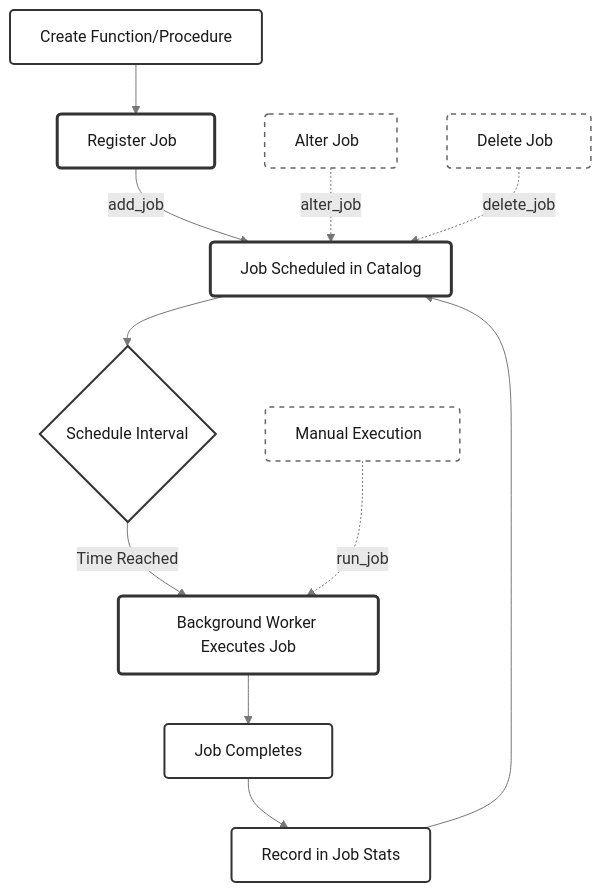
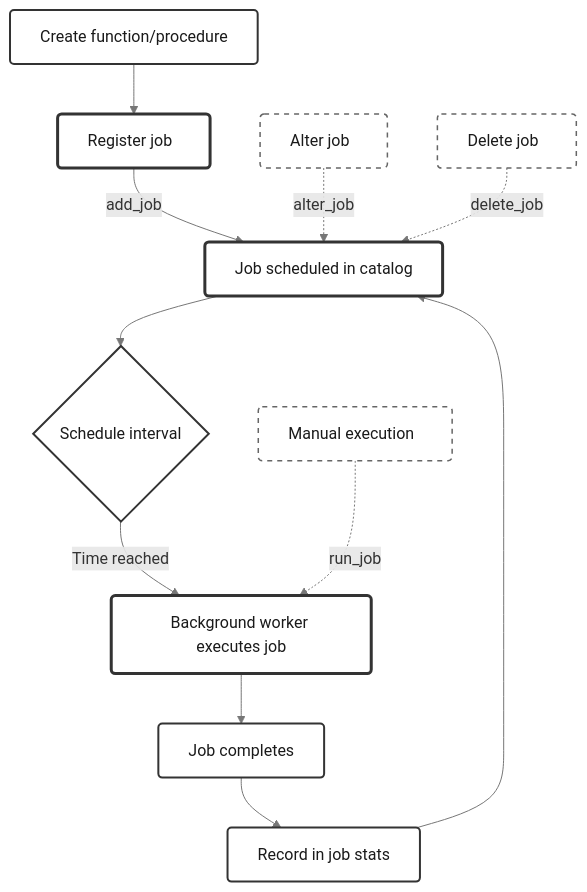
The diagram in images/manage-data/jobs-workflow.mdx (timescale/documentation), drawn with Mermaid before and after one commit. The commit also changed 5 other files, not shown here.

````diff
--- a/images/manage-data/jobs-workflow.mdx
+++ b/images/manage-data/jobs-workflow.mdx
@@ -1,76 +1,77 @@
 ```mermaid
 %%{init: {
   'theme':'base',
   'themeVariables': {
     'primaryColor':'#fff',
     'primaryTextColor':'#1a1a1a',
     'primaryBorderColor':'#333',
     'lineColor':'#666',
     'secondaryColor':'#fff',
     'secondaryTextColor':'#1a1a1a',
     'secondaryBorderColor':'#333',
     'tertiaryColor':'#fff',
     'tertiaryTextColor':'#1a1a1a',
     'tertiaryBorderColor':'#333',
     'noteBkgColor':'#fff',
     'noteTextColor':'#1a1a1a',
     'noteBorderColor':'#333',
     'background':'#fff',
     'mainBkg':'#fff',
     'fontFamily': "'Geist Mono', monospace",
     'edgeLabelBackground':'#fff',
     'labelColor':'#333',
     'labelTextColor':'#333'
   },
   'flowchart': { 'padding': 30, 'htmlLabels': true, 'curve': 'stepAfter' },
 
   /* Hover tint (best-effort; renderer may ignore themeCSS) */
   'themeCSS': `
     .node rect:hover,
     .node polygon:hover,
     .node path:hover {
       fill: rgba(244, 255, 97, 0.18) !important;
       transition: fill 120ms ease-in-out;
     }
   `
 }}%%
 graph TB
-    A[Create Function/Procedure] --> B[Register Job&nbsp;&nbsp;]
-    B -->|add_job| C[Job Scheduled in Catalog]
-    C --> D{Schedule Interval}
-    D -->|Time Reached| E[Background Worker Executes Job]
-    E --> F[Job Completes]
-    F --> G[Record in Job Stats]
+    A[Create function/procedure] --> B[Register job&nbsp;&nbsp;]
+    B -->|add_job| C[Job scheduled in catalog]
+    C --> D{Schedule interval}
+    D -->|Time reached| E[Background worker executes job]
+    E --> F[Job completes]
+    F --> G[Record in job stats]
     G --> C
 
-    I[Alter Job&nbsp;&nbsp;] -.->|alter_job| C
-    J[Delete Job&nbsp;&nbsp;] -.->|delete_job| C
-    H[Manual Execution&nbsp;&nbsp;] -.->|run_job| E
+    I[Alter job&nbsp;&nbsp;] -.->|alter_job| C
+    J[Delete job&nbsp;&nbsp;] -.->|delete_job| C
+    H[Manual execution&nbsp;&nbsp;] -.->|run_job| E
 
     %% Border-only hierarchy
     %% - Primary nodes: thicker border (B, C, E)
     %% - Standard nodes: normal border (A, D, F, G)
     %% - Optional nodes: dashed + lighter border (H, I, J)
 
     style A fill:#fff,stroke:#333,stroke-width:2px,color:#1a1a1a,rx:4,ry:4
 
     style B fill:#fff,stroke:#333,stroke-width:3px,color:#1a1a1a,rx:4,ry:4
     style C fill:#fff,stroke:#333,stroke-width:3px,color:#1a1a1a,rx:4,ry:4
     style E fill:#fff,stroke:#333,stroke-width:3px,color:#1a1a1a,rx:4,ry:4
 
     style D fill:#fff,stroke:#333,stroke-width:2px,color:#1a1a1a
     style F fill:#fff,stroke:#333,stroke-width:2px,color:#1a1a1a,rx:4,ry:4
     style G fill:#fff,stroke:#333,stroke-width:2px,color:#1a1a1a,rx:4,ry:4
 
     style H fill:#fff,stroke:#666,stroke-width:1.5px,stroke-dasharray: 5 5,color:#1a1a1a,rx:4,ry:4
     style I fill:#fff,stroke:#666,stroke-width:1.5px,stroke-dasharray: 5 5,color:#1a1a1a,rx:4,ry:4
     style J fill:#fff,stroke:#666,stroke-width:1.5px,stroke-dasharray: 5 5,color:#1a1a1a,rx:4,ry:4
 
     %% connectors
     linkStyle default stroke:#777,stroke-width:1px
 
     click B "/api-reference/timescaledb/jobs-automation/add_job" "add_job API reference"
+    click C "/api-reference/timescaledb/informational-views/index" "Learn about the catalog"
     click H "/api-reference/timescaledb/jobs-automation/run_job" "run_job API reference"
     click I "/api-reference/timescaledb/jobs-automation/alter_job" "alter_job API reference"
     click J "/api-reference/timescaledb/jobs-automation/delete_job" "delete_job API reference"
 ```
````
